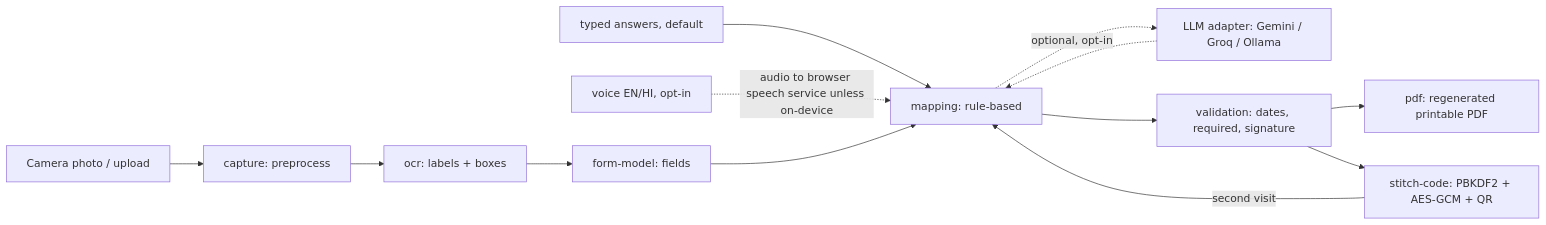
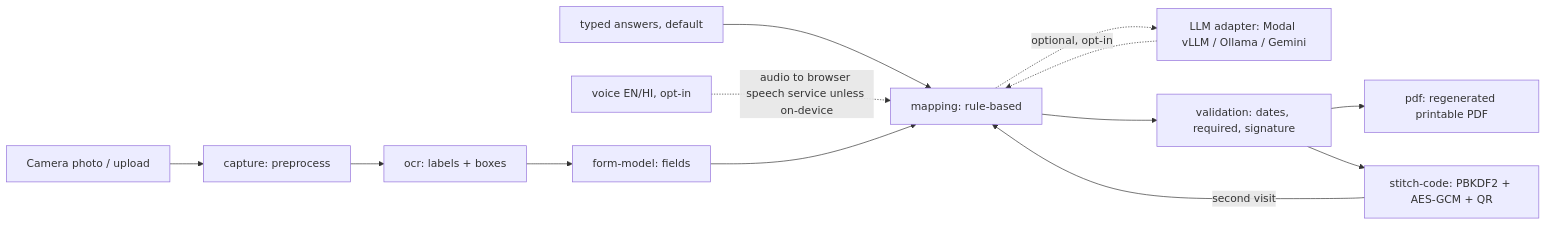
Before and after one commit to himanshu748/stitchform: the diagram in PLAN.md, drawn with Mermaid. The commit also changed other lines of this file, not shown here.

````diff
--- a/PLAN.md
+++ b/PLAN.md
@@ -110,15 +110,15 @@
 ```mermaid
 flowchart LR
   A[Camera photo / upload] --> B[capture: preprocess]
   B --> C[ocr: labels + boxes]
   C --> D[form-model: fields]
   E[typed answers, default] --> F[mapping: rule-based]
   V[voice EN/HI, opt-in] -. audio to browser speech service unless on-device .-> F
-  F -. optional, opt-in .-> G[LLM adapter: Gemini / Groq / Ollama]
+  F -. optional, opt-in .-> G[LLM adapter: Modal vLLM / Ollama / Gemini]
   G -.-> F
   D --> F
   F --> H[validation: dates, required, signature]
   H --> I[pdf: regenerated printable PDF]
   H --> J[stitch-code: PBKDF2 + AES-GCM + QR]
   J -- second visit --> F
 ```
````
